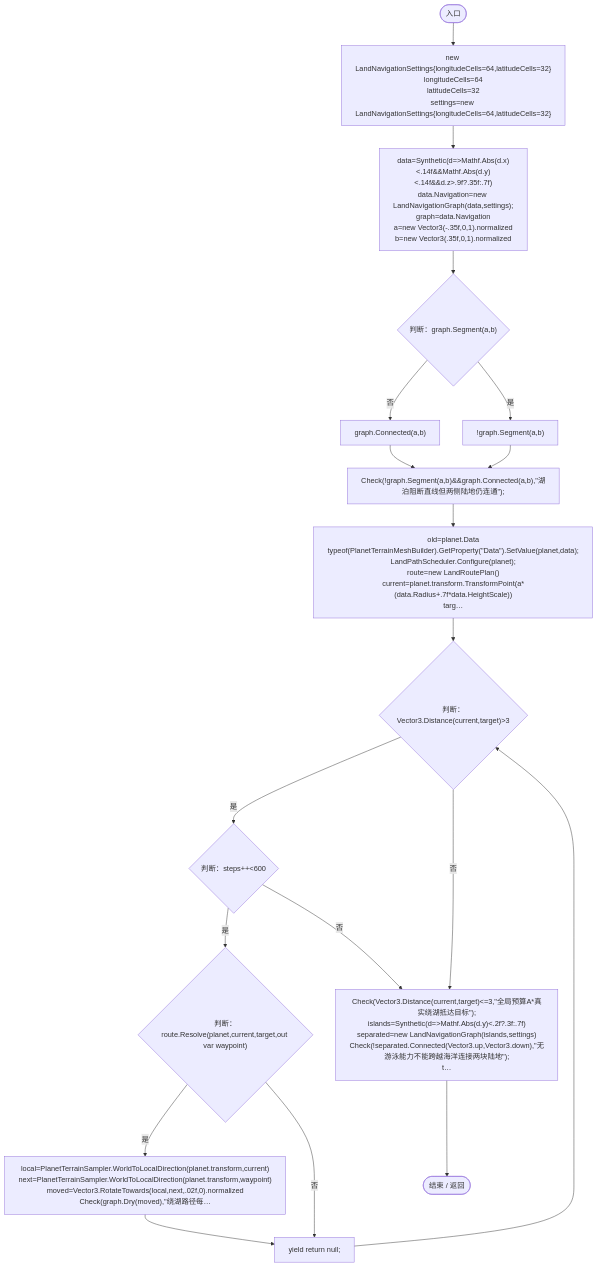
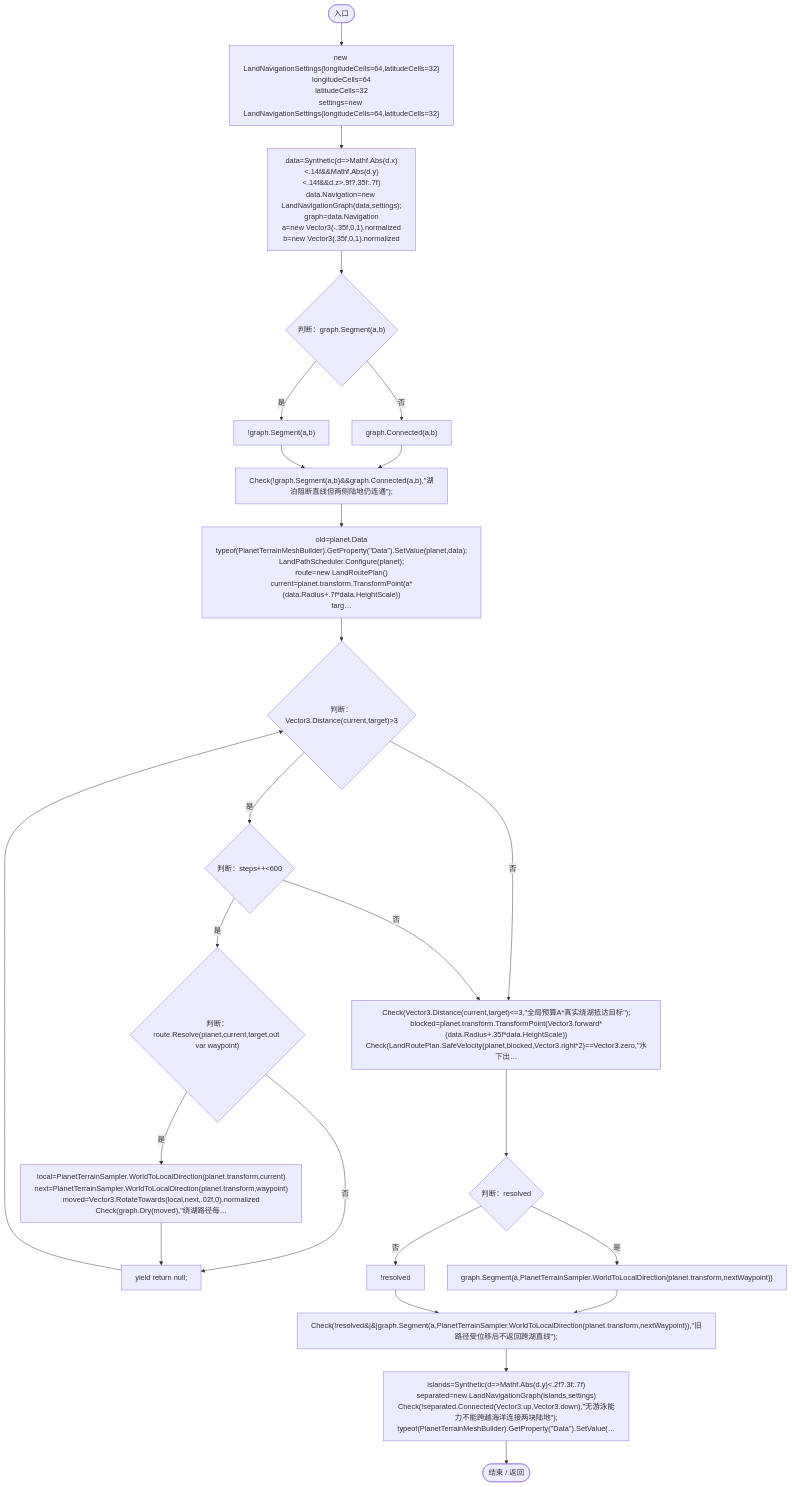
Diagram 34 of 36 in Docs/运行流程图/脚本/a5c430d5c2fdb5ce.md (xhs6666/Darwin_paradise), drawn with Mermaid before and after one commit. The commit also changed other lines of this file and 150 other files, not shown here.

````diff
--- a/Docs/运行流程图/脚本/a5c430d5c2fdb5ce.md
+++ b/Docs/运行流程图/脚本/a5c430d5c2fdb5ce.md
@@ -1382,37 +1650,48 @@
 ```mermaid
 flowchart TD
   b0(["入口"])
   b1["new LandNavigationSettings{longitudeCells=64,latitudeCells=32}<br/>longitudeCells=64<br/>latitudeCells=32<br/>settings=new LandNavigationSettings{longitudeCells=64,latitudeCells=32}"]
   b2["data=Synthetic(d=&gt;Mathf.Abs(d.x)&lt;.14f&amp;&amp;Mathf.Abs(d.y)&lt;.14f&amp;&amp;d.z&gt;.9f?.35f:.7f)<br/>data.Navigation=new LandNavigationGraph(data,settings);<br/>graph=data.Navigation<br/>a=new Vector3(-.35f,0,1).normalized<br/>b=new Vector3(.35f,0,1).normalized"]
   b3{"判断：graph.Segment(a,b)"}
   b4["graph.Connected(a,b)"]
   b5["!graph.Segment(a,b)"]
   b6["Check(!graph.Segment(a,b)&amp;&amp;graph.Connected(a,b),&quot;湖泊阻断直线但两侧陆地仍连通&quot;);"]
   b7["old=planet.Data<br/>typeof(PlanetTerrainMeshBuilder).GetProperty(&quot;Data&quot;).SetValue(planet,data);<br/>LandPathScheduler.Configure(planet);<br/>route=new LandRoutePlan()<br/>current=planet.transform.TransformPoint(a*(data.Radius+.7f*data.HeightScale))<br/>targ…"]
   b8{"判断：Vector3.Distance(current,target)&gt;3"}
   b9{"判断：steps++&lt;600"}
   b10{"判断：route.Resolve(planet,current,target,out var waypoint)"}
   b11["local=PlanetTerrainSampler.WorldToLocalDirection(planet.transform,current)<br/>next=PlanetTerrainSampler.WorldToLocalDirection(planet.transform,waypoint)<br/>moved=Vector3.RotateTowards(local,next,.02f,0).normalized<br/>Check(graph.Dry(moved),&quot;绕湖路径每…"]
   b12["yield return null;"]
-  b13["Check(Vector3.Distance(current,target)&lt;=3,&quot;全局预算A*真实绕湖抵达目标&quot;);<br/>islands=Synthetic(d=&gt;Mathf.Abs(d.y)&lt;.2f?.3f:.7f)<br/>separated=new LandNavigationGraph(islands,settings)<br/>Check(!separated.Connected(Vector3.up,Vector3.down),&quot;无游泳能力不能跨越海洋连接两块陆地&quot;);<br/>t…"]
-  b14(["结束 / 返回"])
+  b13["Check(Vector3.Distance(current,target)&lt;=3,&quot;全局预算A*真实绕湖抵达目标&quot;);<br/>blocked=planet.transform.TransformPoint(Vector3.forward*(data.Radius+.35f*data.HeightScale))<br/>Check(LandRoutePlan.SafeVelocity(planet,blocked,Vector3.right*2)==Vector3.zero,&quot;水下出…"]
+  b14{"判断：resolved"}
+  b15["graph.Segment(a,PlanetTerrainSampler.WorldToLocalDirection(planet.transform,nextWaypoint))"]
+  b16["!resolved"]
+  b17["Check(!resolved&#124;&#124;graph.Segment(a,PlanetTerrainSampler.WorldToLocalDirection(planet.transform,nextWaypoint)),&quot;旧路径受位移后不返回跨湖直线&quot;);"]
+  b18["islands=Synthetic(d=&gt;Mathf.Abs(d.y)&lt;.2f?.3f:.7f)<br/>separated=new LandNavigationGraph(islands,settings)<br/>Check(!separated.Connected(Vector3.up,Vector3.down),&quot;无游泳能力不能跨越海洋连接两块陆地&quot;);<br/>typeof(PlanetTerrainMeshBuilder).GetProperty(&quot;Data&quot;).SetValue(…"]
+  b19(["结束 / 返回"])
   b0 --> b1
   b1 --> b2
   b2 --> b3
   b3 -->|"否"| b4
   b3 -->|"是"| b5
   b4 --> b6
   b5 --> b6
   b6 --> b7
   b7 --> b8
   b8 -->|"是"| b9
   b8 -->|"否"| b13
   b9 -->|"是"| b10
   b9 -->|"否"| b13
   b10 -->|"是"| b11
   b10 -->|"否"| b12
   b11 --> b12
   b12 --> b8
   b13 --> b14
+  b14 -->|"是"| b15
+  b14 -->|"否"| b16
+  b15 --> b17
+  b16 --> b17
+  b17 --> b18
+  b18 --> b19
 
 ```
````
